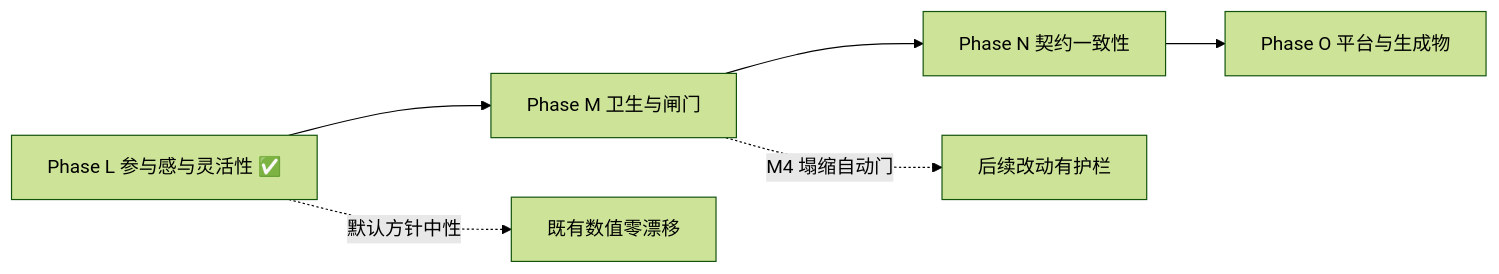
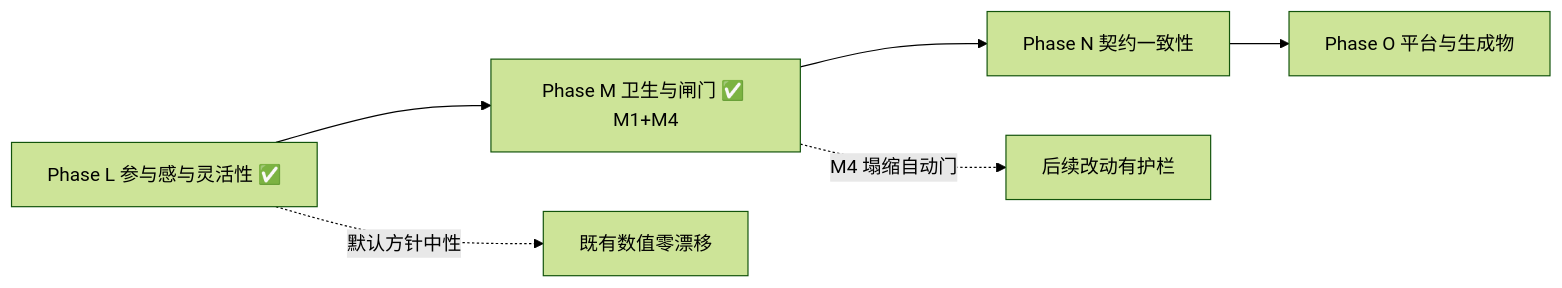
Before and after one commit to reney-0202/a-simple-world-map: the diagram in docs/ROADMAP.md, drawn with Mermaid (forest theme). The commit also changed other lines of this file and 14 other files, not shown here.

````diff
--- a/docs/ROADMAP.md
+++ b/docs/ROADMAP.md
@@ -170,8 +213,8 @@
 ```mermaid
 graph LR
-  L[Phase L 参与感与灵活性 ✅] --> M[Phase M 卫生与闸门]
+  L[Phase L 参与感与灵活性 ✅] --> M[Phase M 卫生与闸门 ✅ M1+M4]
   M --> N[Phase N 契约一致性]
   N --> O[Phase O 平台与生成物]
   L -.->|默认方针中性| B1[既有数值零漂移]
   M -.->|M4 塌缩自动门| B2[后续改动有护栏]
 ```
````
